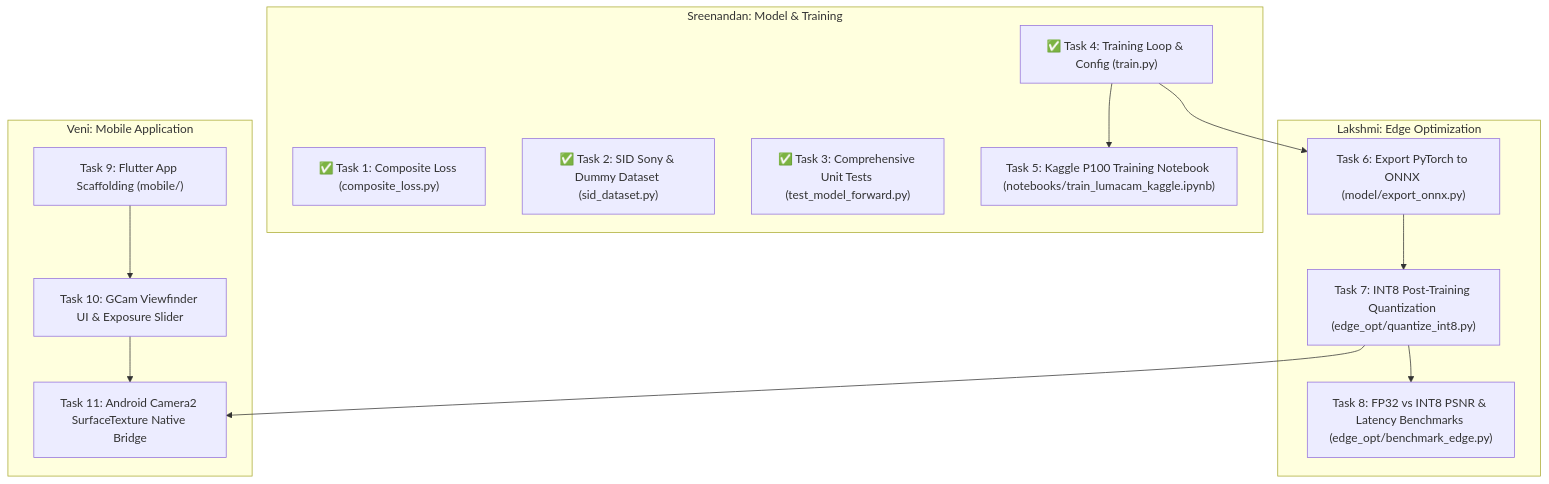
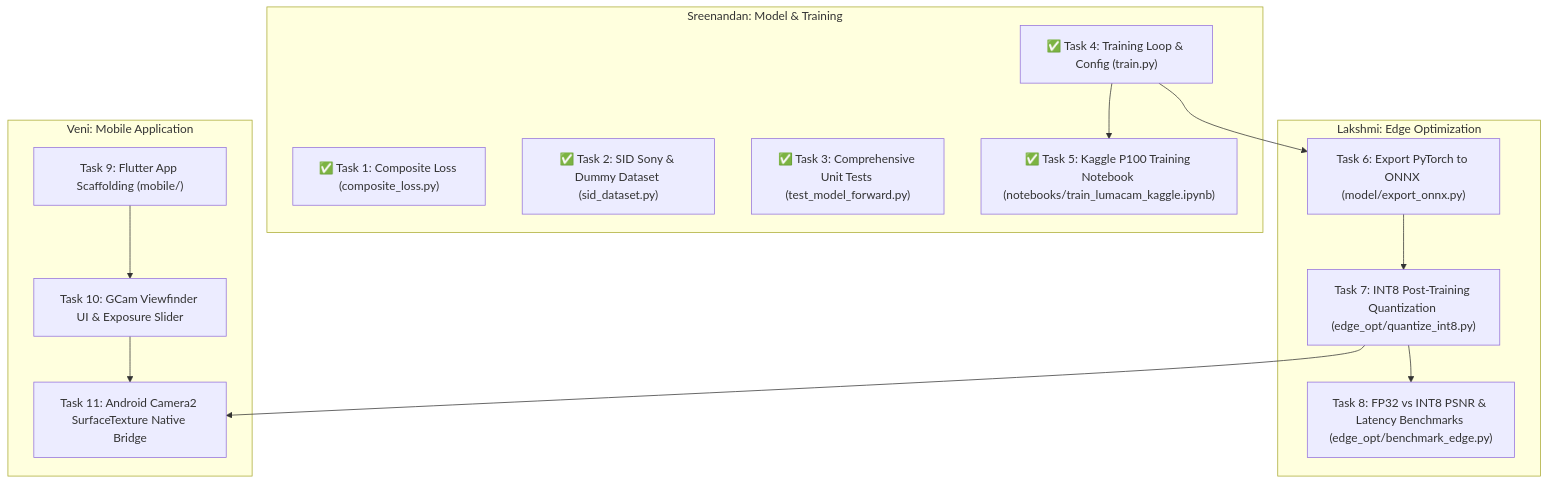
One commit to Sreenandan2004/LumaCam changed the diagram in Progress.md. Above: the diagram before and after it, drawn with Mermaid. The commit also changed other lines of this file and 1 other file, not shown here.

Commit message:
docs: update Progress.md and me.md with completed Kaggle training notebook milestone

````diff
--- a/Progress.md
+++ b/Progress.md
@@ -65,30 +66,30 @@
 ```mermaid
 flowchart TD
     subgraph Sreenandan: Model & Training
         N1["✅ Task 1: Composite Loss (composite_loss.py)"]
         N2["✅ Task 2: SID Sony & Dummy Dataset (sid_dataset.py)"]
         N3["✅ Task 3: Comprehensive Unit Tests (test_model_forward.py)"]
         N4["✅ Task 4: Training Loop & Config (train.py)"]
-        N5["Task 5: Kaggle P100 Training Notebook (notebooks/train_lumacam_kaggle.ipynb)"]
+        N5["✅ Task 5: Kaggle P100 Training Notebook (notebooks/train_lumacam_kaggle.ipynb)"]
     end
 
     subgraph Lakshmi: Edge Optimization
         L1["Task 6: Export PyTorch to ONNX (model/export_onnx.py)"]
         L2["Task 7: INT8 Post-Training Quantization (edge_opt/quantize_int8.py)"]
         L3["Task 8: FP32 vs INT8 PSNR & Latency Benchmarks (edge_opt/benchmark_edge.py)"]
     end
 
     subgraph Veni: Mobile Application
         V1["Task 9: Flutter App Scaffolding (mobile/)"]
         V2["Task 10: GCam Viewfinder UI & Exposure Slider"]
         V3["Task 11: Android Camera2 SurfaceTexture Native Bridge"]
     end
 
     N4 --> N5
     N4 --> L1
     L1 --> L2
     L2 --> L3
     V1 --> V2
     V2 --> V3
     L2 --> V3
 ```
````
